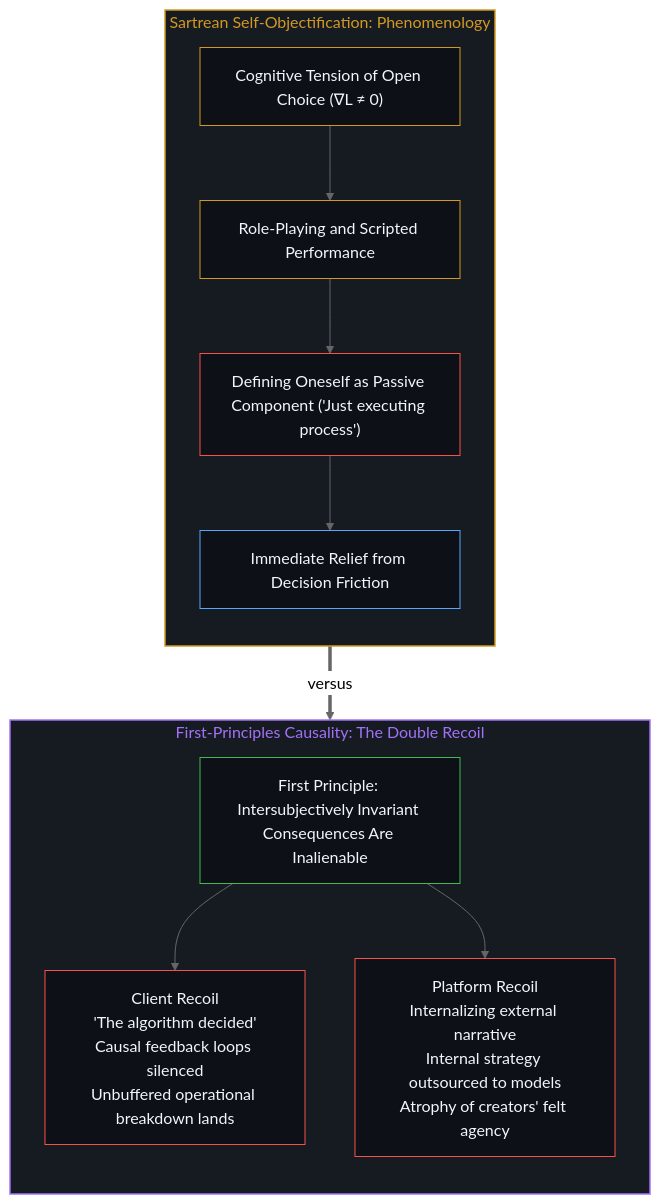
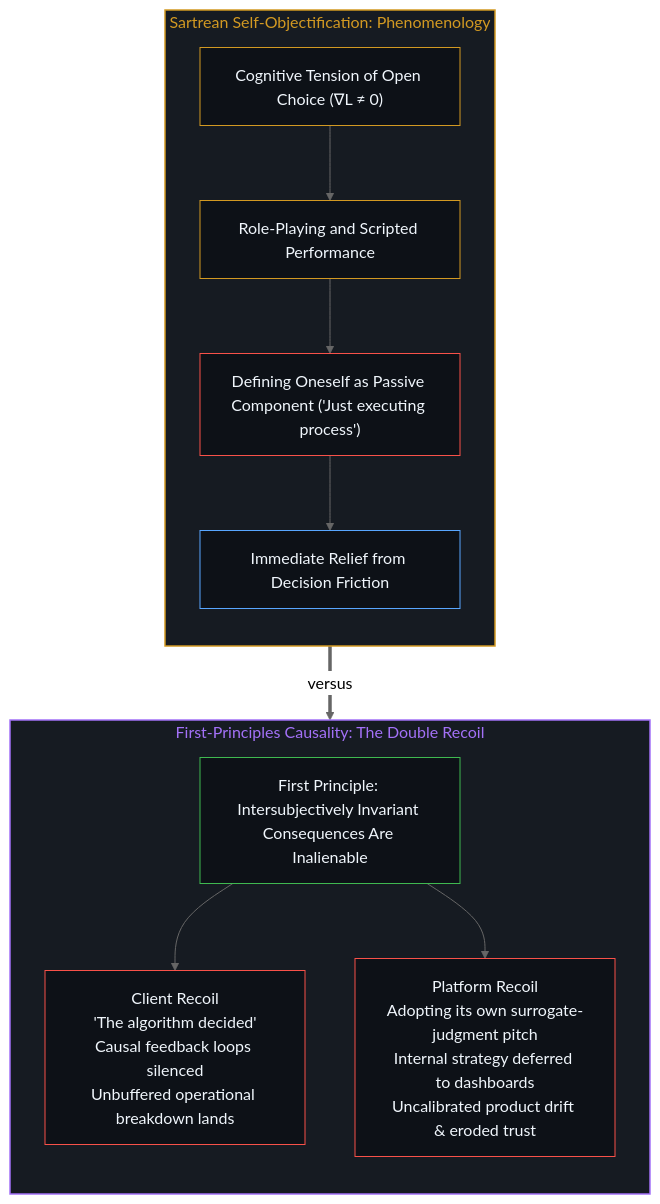
Before and after one commit to powerpig99/not-a-toe: the eighth of 12 diagrams in content/posts/the-delegation-of-the-task-and-the-inalienability-of-consequences.md, drawn with Mermaid (neutral theme). The commit also changed other lines of this file and 5 other files, not shown here.

````diff
--- a/content/posts/the-delegation-of-the-task-and-the-inalienability-of-consequences.md
+++ b/content/posts/the-delegation-of-the-task-and-the-inalienability-of-consequences.md
@@ -268,28 +251,25 @@
 ```mermaid
 flowchart TD
     subgraph S_Sartre["Sartrean Self-Objectification: Phenomenology"]
         direction TB
         S1["Cognitive Tension of Open Choice (∇L ≠ 0)"] --> S2["Role-Playing and Scripted Performance"]
         S2 --> S3["Defining Oneself as Passive Component ('Just executing process')"]
         S3 --> S4["Immediate Relief from Decision Friction"]
     end
-
     subgraph S_FirstPrinciples["First-Principles Causality: The Double Recoil"]
         direction TB
         C_Origin["First Principle: Intersubjectively Invariant Consequences Are Inalienable"]
         C_Origin --> B_Client["Client Recoil<br/>'The algorithm decided'<br/>Causal feedback loops silenced<br/>Unbuffered operational breakdown lands"]
-        C_Origin --> B_Platform["Platform Recoil<br/>Internalizing external narrative<br/>Internal strategy outsourced to models<br/>Atrophy of creators' felt agency"]
+        C_Origin --> B_Platform["Platform Recoil<br/>Adopting its own surrogate-judgment pitch<br/>Internal strategy deferred to dashboards<br/>Uncalibrated product drift & eroded trust"]
     end
-
     S_Sartre ==>|"versus"| S_FirstPrinciples
-
     style S_Sartre fill:#161b22,stroke:#d29922,stroke-width:1.5px,color:#d29922
     style S_FirstPrinciples fill:#161b22,stroke:#a371f7,stroke-width:1.5px,color:#a371f7
     style S1 fill:#0d1117,stroke:#d29922,stroke-width:1px,color:#f0f6fc
     style S2 fill:#0d1117,stroke:#d29922,stroke-width:1px,color:#f0f6fc
     style S3 fill:#0d1117,stroke:#f85149,stroke-width:1px,color:#f0f6fc
     style S4 fill:#0d1117,stroke:#58a6ff,stroke-width:1px,color:#f0f6fc
     style C_Origin fill:#0d1117,stroke:#3fb950,stroke-width:1px,color:#f0f6fc
     style B_Client fill:#0d1117,stroke:#f85149,stroke-width:1px,color:#f0f6fc
     style B_Platform fill:#0d1117,stroke:#f85149,stroke-width:1px,color:#f0f6fc
 ```
````
